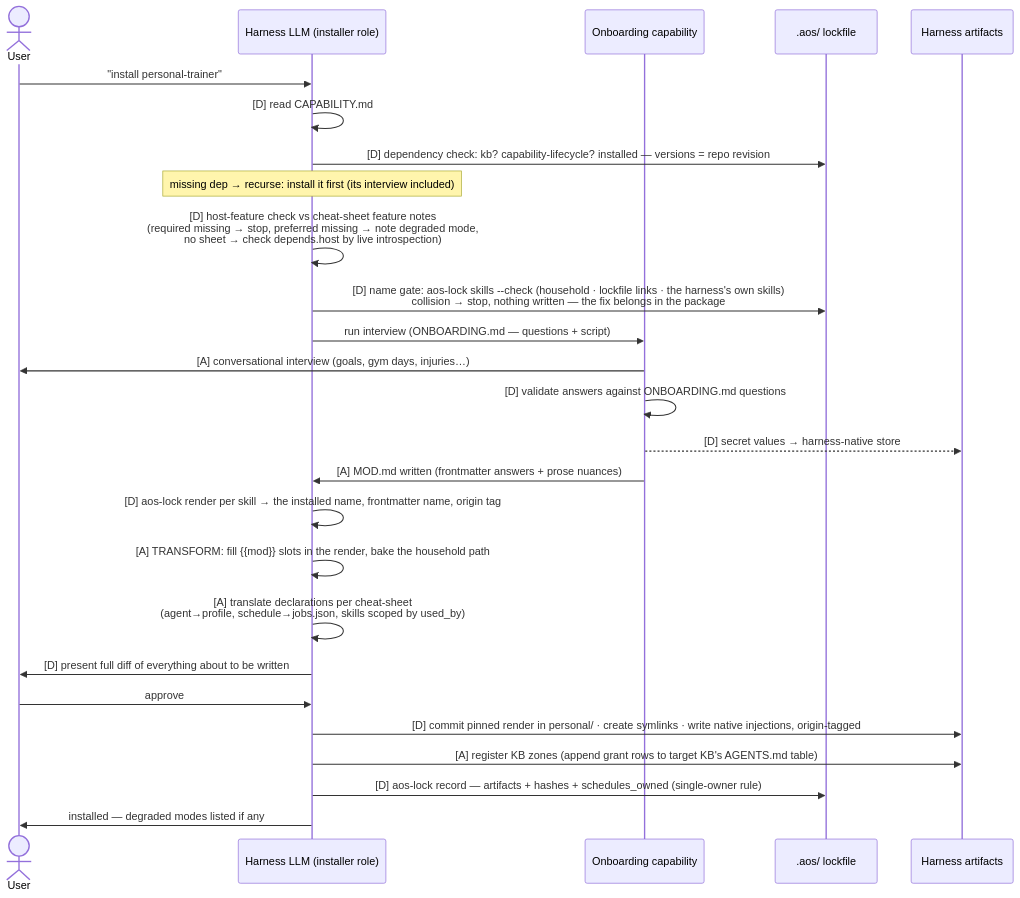
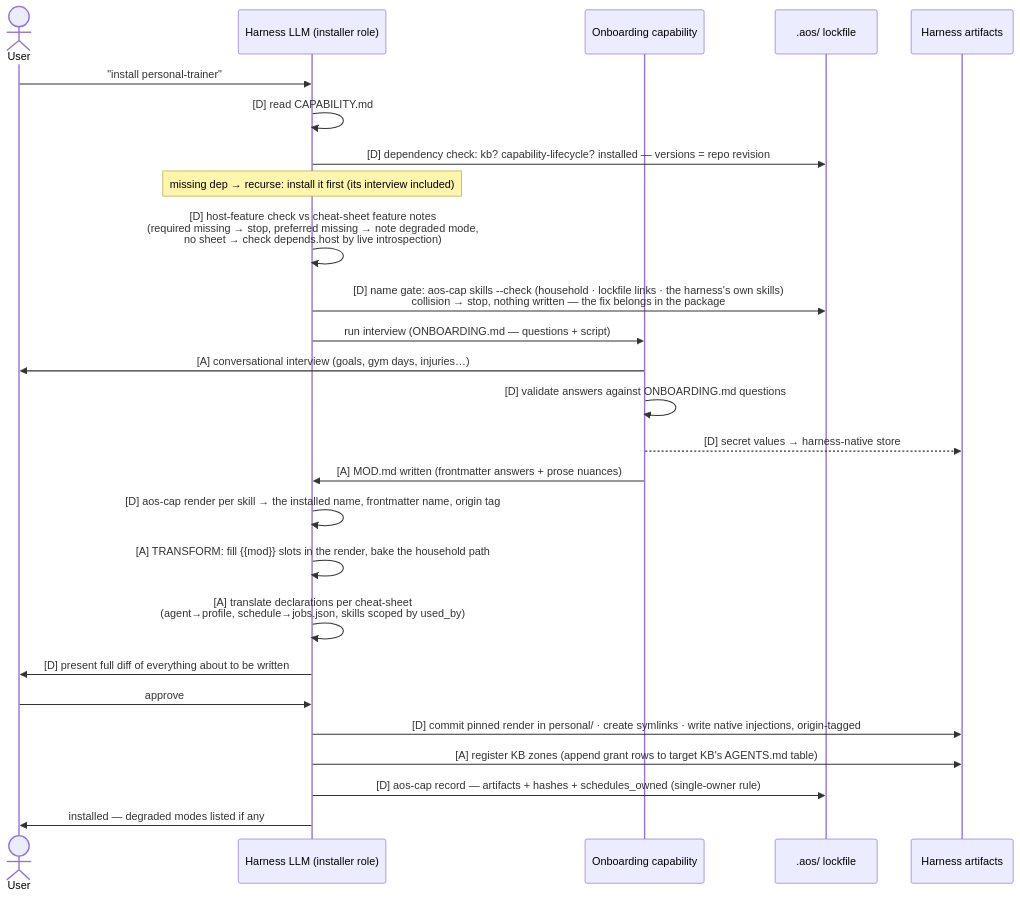
Before and after one commit to AlmogBaku/aos: the first of 2 diagrams in design/install-flow.md, drawn with Mermaid. The commit also changed other lines of this file and 4 other files, not shown here.

First line of the commit message:
ARCHITECTURE: agents are named like skills, references are slots, and the fork was never ours to make

````diff
--- a/design/install-flow.md
+++ b/design/install-flow.md
@@ -22,29 +22,29 @@
 ```mermaid
 sequenceDiagram
     actor U as User
     participant H as Harness LLM (installer role)
     participant O as Onboarding capability
     participant L as .aos/ lockfile
     participant HA as Harness artifacts
 
     U->>H: "install personal-trainer"
     H->>H: [D] read CAPABILITY.md
     H->>L: [D] dependency check: kb? capability-lifecycle? installed — versions = repo revision
     Note over H: missing dep → recurse: install it first (its interview included)
     H->>H: [D] host-feature check vs cheat-sheet feature notes<br/>(required missing → stop, preferred missing → note degraded mode,<br/>no sheet → check depends.host by live introspection)
-    H->>L: [D] name gate: aos-lock skills --check (household · lockfile links · the harness's own skills)<br/>collision → stop, nothing written — the fix belongs in the package
+    H->>L: [D] name gate: aos-cap skills --check (household · lockfile links · the harness's own skills)<br/>collision → stop, nothing written — the fix belongs in the package
     H->>O: run interview (ONBOARDING.md — questions + script)
     O->>U: [A] conversational interview (goals, gym days, injuries…)
     O->>O: [D] validate answers against ONBOARDING.md questions
     O-->>HA: [D] secret values → harness-native store
     O->>H: [A] MOD.md written (frontmatter answers + prose nuances)
-    H->>H: [D] aos-lock render per skill → the installed name, frontmatter name, origin tag
+    H->>H: [D] aos-cap render per skill → the installed name, frontmatter name, origin tag
     H->>H: [A] TRANSFORM: fill {{mod}} slots in the render, bake the household path
     H->>H: [A] translate declarations per cheat-sheet<br/>(agent→profile, schedule→jobs.json, skills scoped by used_by)
     H->>U: [D] present full diff of everything about to be written
     U->>H: approve
     H->>HA: [D] commit pinned render in personal/ · create symlinks · write native injections, origin-tagged
     H->>HA: [A] register KB zones (append grant rows to target KB's AGENTS.md table)
-    H->>L: [D] aos-lock record — artifacts + hashes + schedules_owned (single-owner rule)
+    H->>L: [D] aos-cap record — artifacts + hashes + schedules_owned (single-owner rule)
     H->>U: installed — degraded modes listed if any
 ```
````
